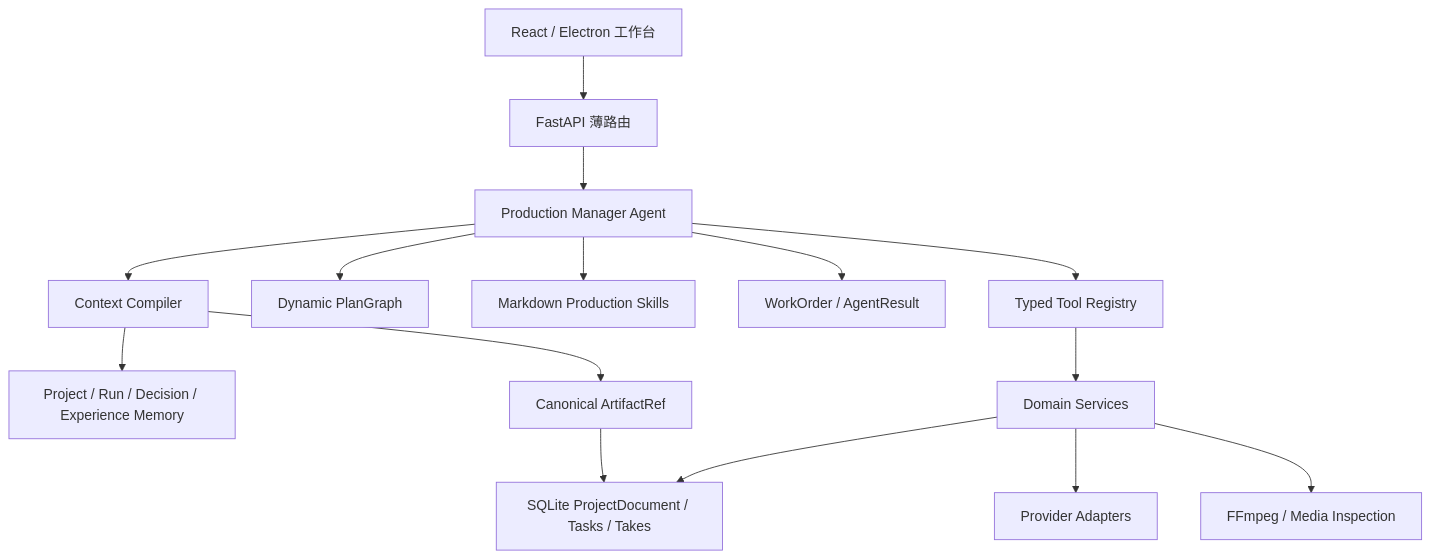
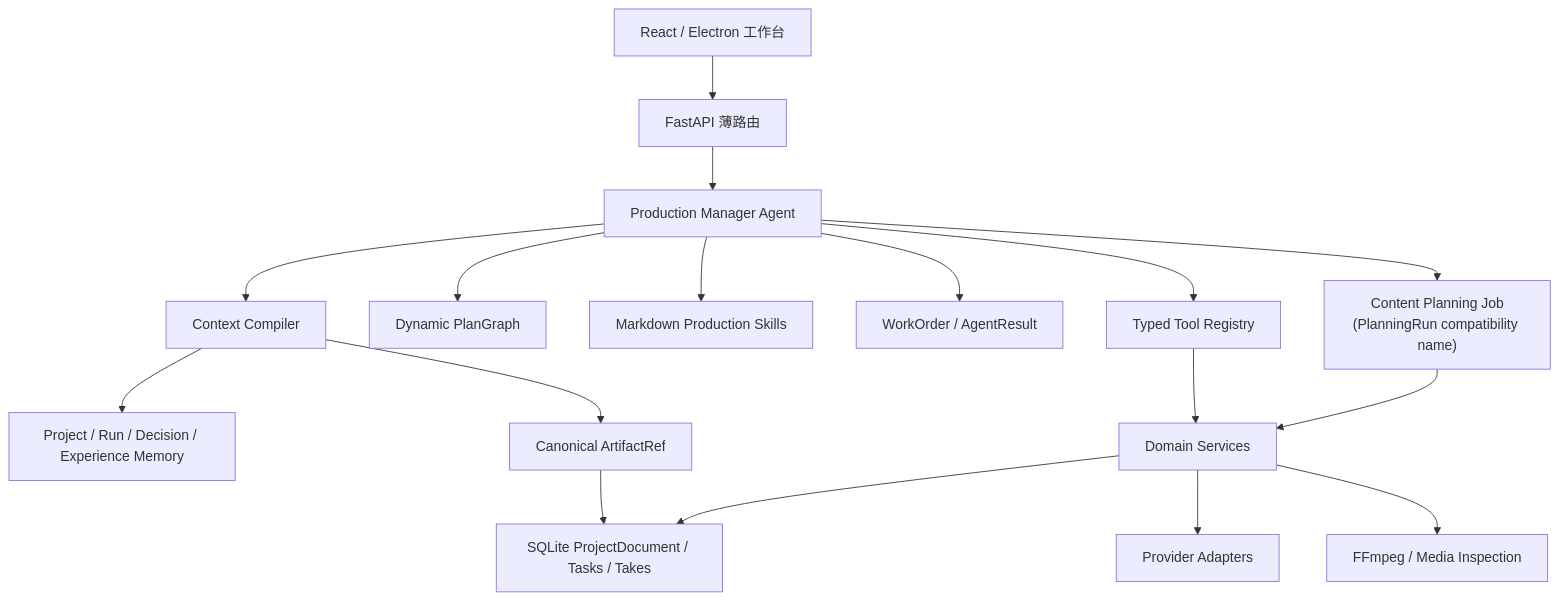
The diagram in docs/40-agent-skill-tool-runtime-migration.md (MicroYui/short-drama-studio), drawn with Mermaid before and after one commit. The commit also changed other lines of this file and 155 other files, not shown here.

````diff
--- a/docs/40-agent-skill-tool-runtime-migration.md
+++ b/docs/40-agent-skill-tool-runtime-migration.md
@@ -22,17 +28,19 @@
 ```mermaid
 flowchart TB
     UI["React / Electron 工作台"] --> API["FastAPI 薄路由"]
     API --> PM["Production Manager Agent"]
     PM --> CP["Context Compiler"]
     PM --> PG["Dynamic PlanGraph"]
     PM --> SK["Markdown Production Skills"]
     PM --> WO["WorkOrder / AgentResult"]
     PM --> TR["Typed Tool Registry"]
+    PM --> CPJ["Content Planning Job<br/>(PlanningRun compatibility name)"]
     CP --> MEM["Project / Run / Decision / Experience Memory"]
     CP --> AR["Canonical ArtifactRef"]
     TR --> DS["Domain Services"]
+    CPJ --> DS
     DS --> DB["SQLite ProjectDocument / Tasks / Takes"]
     DS --> PP["Provider Adapters"]
     DS --> MP["FFmpeg / Media Inspection"]
     AR --> DB
 ```
````
